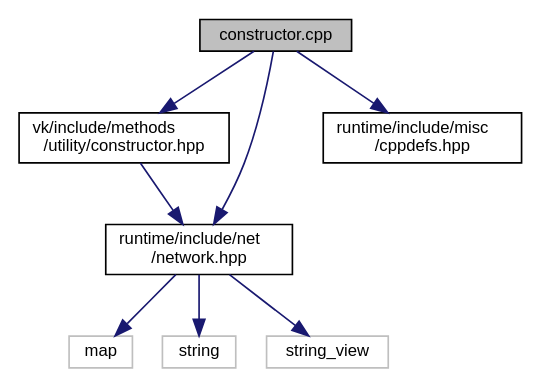
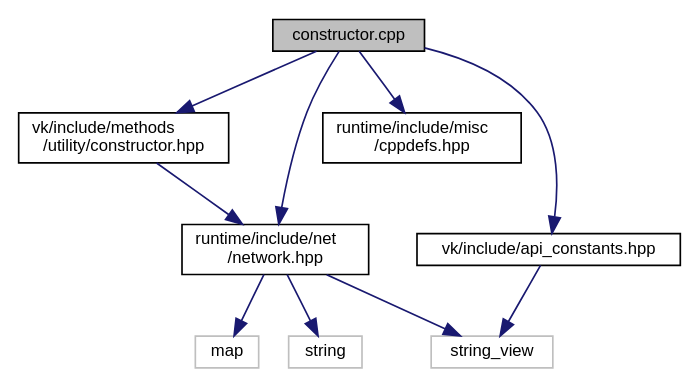
One commit to edgjj/cpp_vk_lib changed the diagram in docs/constructor_8cpp__incl.dot. Above: the diagram before and after it, drawn with Graphviz. The commit also changed 126 other files, not shown here.

```diff
--- a/docs/constructor_8cpp__incl.dot
+++ b/docs/constructor_8cpp__incl.dot
@@ -1,20 +1,23 @@
 digraph "constructor.cpp"
 {
  // LATEX_PDF_SIZE
   edge [fontname="Helvetica",fontsize="10",labelfontname="Helvetica",labelfontsize="10"];
   node [fontname="Helvetica",fontsize="10",shape=record];
   Node1 [label="constructor.cpp",height=0.2,width=0.4,color="black", fillcolor="grey75", style="filled", fontcolor="black",tooltip=" "];
   Node1 -> Node2 [color="midnightblue",fontsize="10",style="solid",fontname="Helvetica"];
   Node2 [label="vk/include/methods\l/utility/constructor.hpp",height=0.2,width=0.4,color="black", fillcolor="white", style="filled",URL="$constructor_8hpp.html",tooltip=" "];
   Node2 -> Node3 [color="midnightblue",fontsize="10",style="solid",fontname="Helvetica"];
   Node3 [label="runtime/include/net\l/network.hpp",height=0.2,width=0.4,color="black", fillcolor="white", style="filled",URL="$network_8hpp.html",tooltip=" "];
   Node3 -> Node4 [color="midnightblue",fontsize="10",style="solid",fontname="Helvetica"];
   Node4 [label="map",height=0.2,width=0.4,color="grey75", fillcolor="white", style="filled",tooltip=" "];
   Node3 -> Node5 [color="midnightblue",fontsize="10",style="solid",fontname="Helvetica"];
   Node5 [label="string",height=0.2,width=0.4,color="grey75", fillcolor="white", style="filled",tooltip=" "];
   Node3 -> Node6 [color="midnightblue",fontsize="10",style="solid",fontname="Helvetica"];
   Node6 [label="string_view",height=0.2,width=0.4,color="grey75", fillcolor="white", style="filled",tooltip=" "];
   Node1 -> Node7 [color="midnightblue",fontsize="10",style="solid",fontname="Helvetica"];
   Node7 [label="runtime/include/misc\l/cppdefs.hpp",height=0.2,width=0.4,color="black", fillcolor="white", style="filled",URL="$cppdefs_8hpp.html",tooltip=" "];
   Node1 -> Node3 [color="midnightblue",fontsize="10",style="solid",fontname="Helvetica"];
+  Node1 -> Node8 [color="midnightblue",fontsize="10",style="solid",fontname="Helvetica"];
+  Node8 [label="vk/include/api_constants.hpp",height=0.2,width=0.4,color="black", fillcolor="white", style="filled",URL="$api__constants_8hpp.html",tooltip=" "];
+  Node8 -> Node6 [color="midnightblue",fontsize="10",style="solid",fontname="Helvetica"];
 }
```
